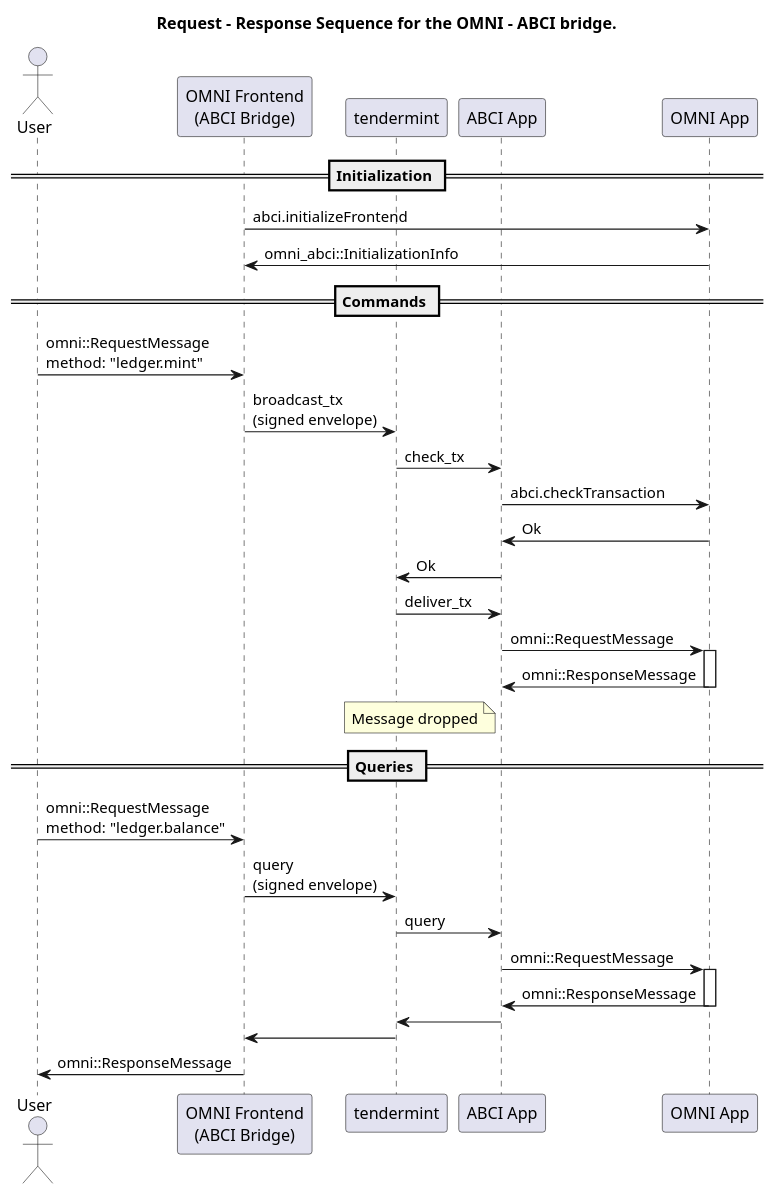
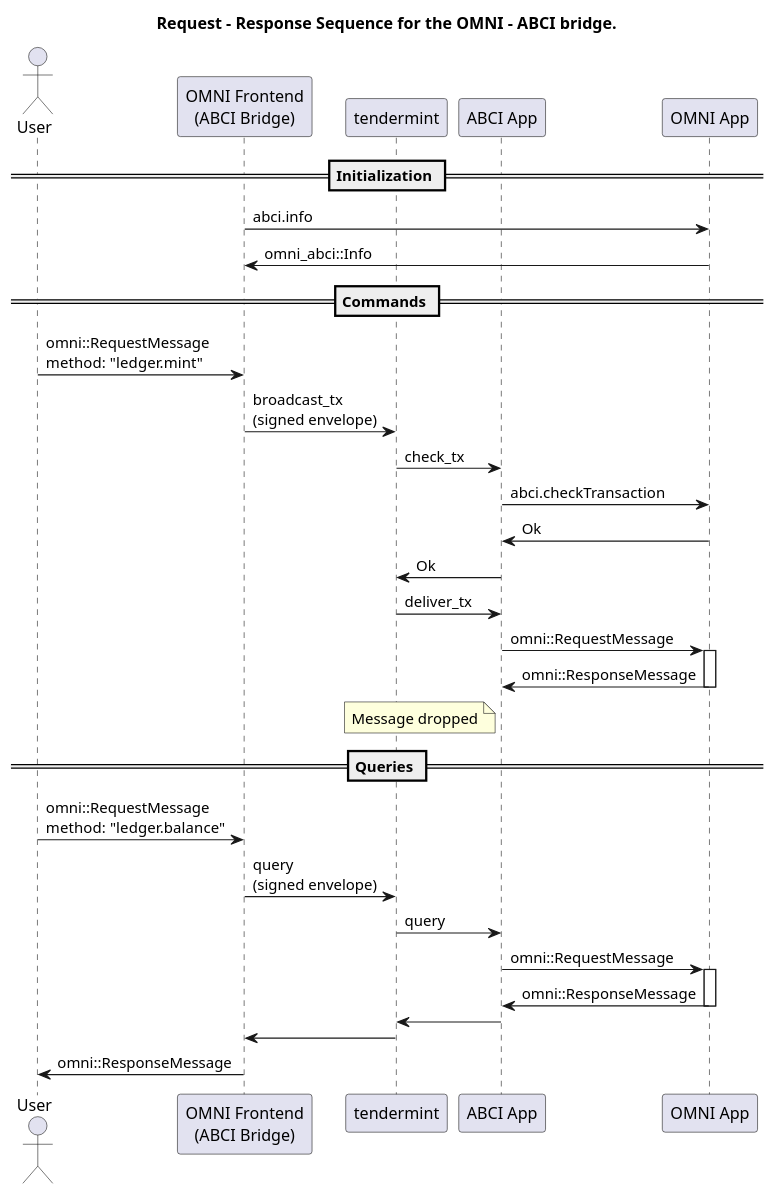
One commit to liftedinit/many-framework changed the diagram in omni-abci/docs/request-response.puml. Above: the diagram before and after it, drawn with PlantUML. The commit also changed 21 other files, not shown here.

```diff
--- a/omni-abci/docs/request-response.puml
+++ b/omni-abci/docs/request-response.puml
@@ -1,72 +1,72 @@
 @startuml
 title Request - Response Sequence for the OMNI - ABCI bridge.
 
 actor user as "User"
 participant omni as "OMNI Frontend\n(ABCI Bridge)"
 participant tendermint
 participant abci_app as "ABCI App"
 participant omni_app as "OMNI App"
 
 == Initialization ==
 omni -> omni_app : \
-    abci.initializeFrontend
+    abci.info
 omni_app -> omni : \
-    omni_abci::InitializationInfo
+    omni_abci::Info
 
 == Commands ==
 
 user -> omni : \
     omni::RequestMessage\nmethod: "ledger.mint"
 omni -> tendermint : \
     broadcast_tx\n(signed envelope)
 
 tendermint -> abci_app : \
     check_tx
 
 abci_app -> omni_app : \
     abci.checkTransaction
 
 omni_app -> abci_app : \
     Ok
 
 abci_app -> tendermint : \
     Ok
 
 tendermint -> abci_app : \
     deliver_tx
 
 abci_app -> omni_app : \
     omni::RequestMessage
 
 activate omni_app
 omni_app -> abci_app : omni::ResponseMessage
 note left of abci_app
   Message dropped
 end note
 deactivate
 
 ' ---
 
 == Queries ==
 
 user -> omni : \
     omni::RequestMessage\nmethod: "ledger.balance"
 omni -> tendermint : \
     query\n(signed envelope)
 
 tendermint -> abci_app : \
     query
 
 abci_app -> omni_app : \
     omni::RequestMessage
 
 activate omni_app
 omni_app -> abci_app : omni::ResponseMessage
 deactivate
 
 abci_app -> tendermint
 tendermint -> omni
 omni -> user : \
     omni::ResponseMessage
 
 @enduml
```
